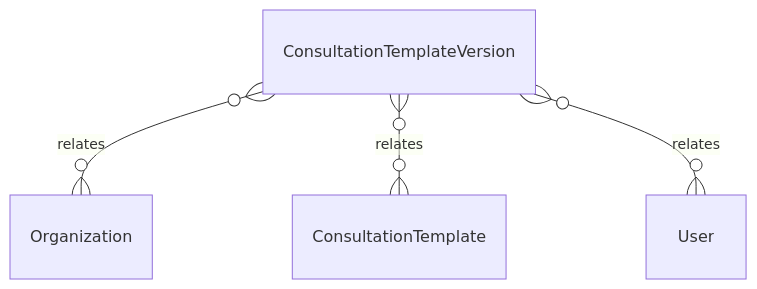
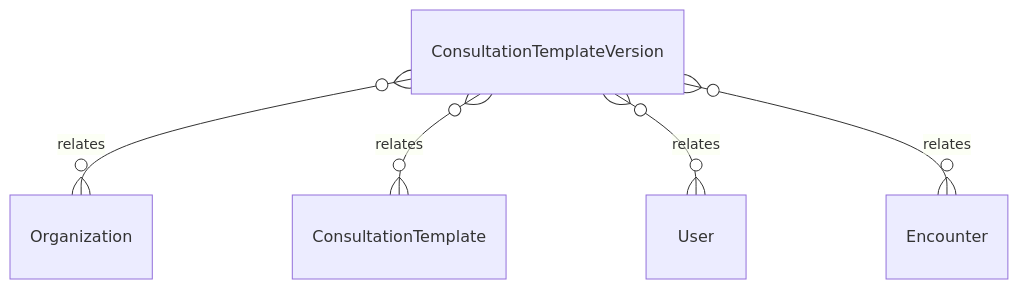
The diagram in .kb/Database/ConsultationTemplateVersion.md (tejasnirala/rcln), drawn with Mermaid before and after one commit. The commit also changed other lines of this file and 102 other files, not shown here.

````diff
--- a/.kb/Database/ConsultationTemplateVersion.md
+++ b/.kb/Database/ConsultationTemplateVersion.md
@@ -47,6 +48,7 @@
 ```mermaid
 erDiagram
     ConsultationTemplateVersion }o--o{ Organization : relates
     ConsultationTemplateVersion }o--o{ ConsultationTemplate : relates
     ConsultationTemplateVersion }o--o{ User : relates
+    ConsultationTemplateVersion }o--o{ Encounter : relates
 ```
````
